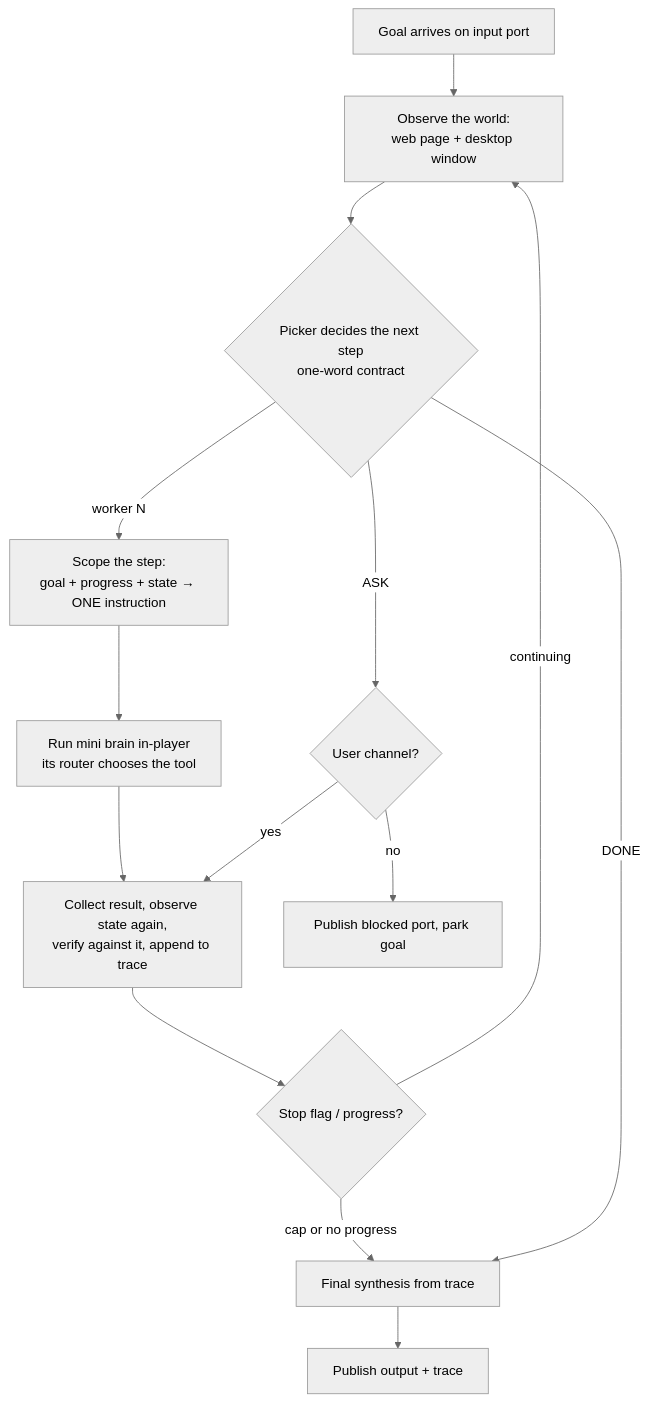
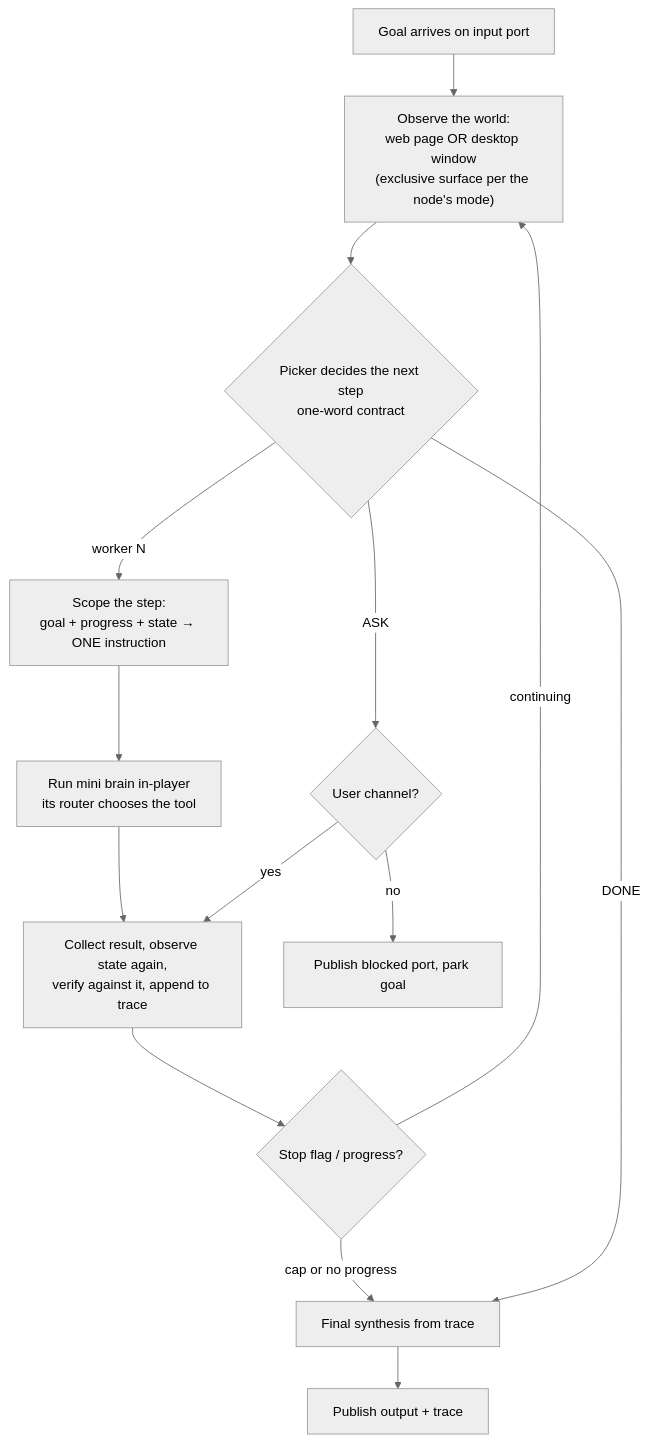
Diagram 12 of 21 in LoOper/README.MD (RodrigoBenitez343/Arrow), drawn with Mermaid (neutral theme) before and after one commit. The commit also changed other lines of this file and 1 other file, not shown here.

````diff
--- a/LoOper/README.MD
+++ b/LoOper/README.MD
@@ -468,16 +612,16 @@
 ```mermaid
 flowchart TB
-    Goal["Goal arrives on input port"] --> State["Observe the world:<br/>web page + desktop window"]
+    Goal["Goal arrives on input port"] --> State["Observe the world:<br/>web page OR desktop window<br/>(exclusive surface per the node's mode)"]
     State --> Pick{"Picker decides the next step<br/>one-word contract"}
     Pick -- "worker N" --> Scope["Scope the step:<br/>goal + progress + state → ONE instruction"]
     Scope --> Run["Run mini brain in-player<br/>its router chooses the tool"]
     Run --> Collect["Collect result, observe state again,<br/>verify against it, append to trace"]
     Collect --> Guard{"Stop flag / progress?"}
     Guard -- continuing --> State
     Guard -- "cap or no progress" --> Synth
     Pick -- DONE --> Synth["Final synthesis from trace"]
     Pick -- ASK --> Ask{"User channel?"}
     Ask -- yes --> Collect
     Ask -- no --> Blocked["Publish blocked port, park goal"]
     Synth --> Out["Publish output + trace"]
 ```
````
